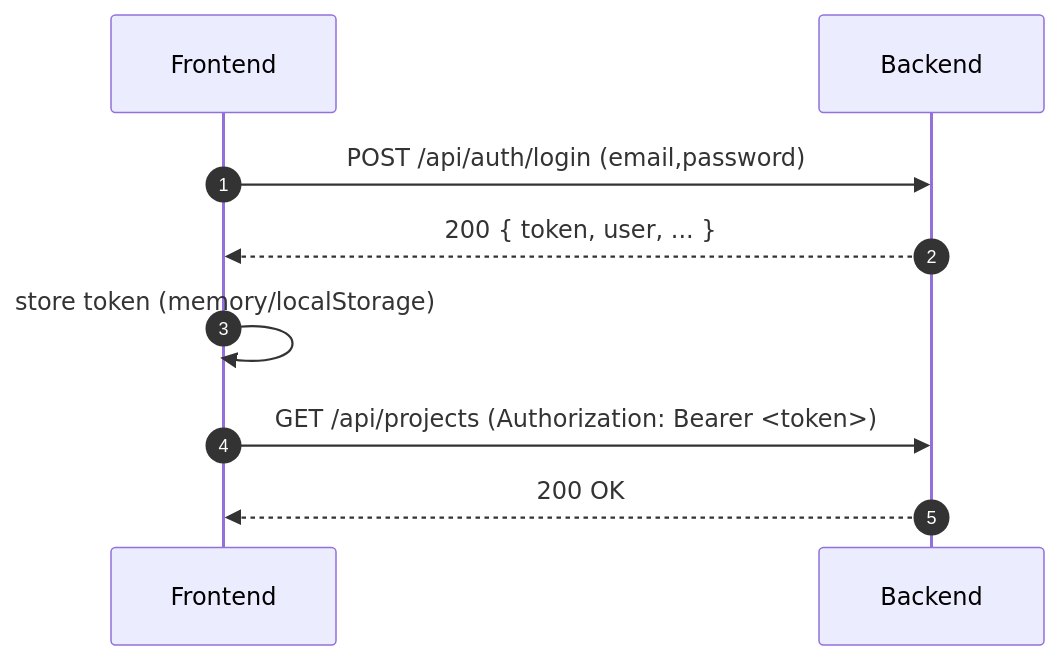
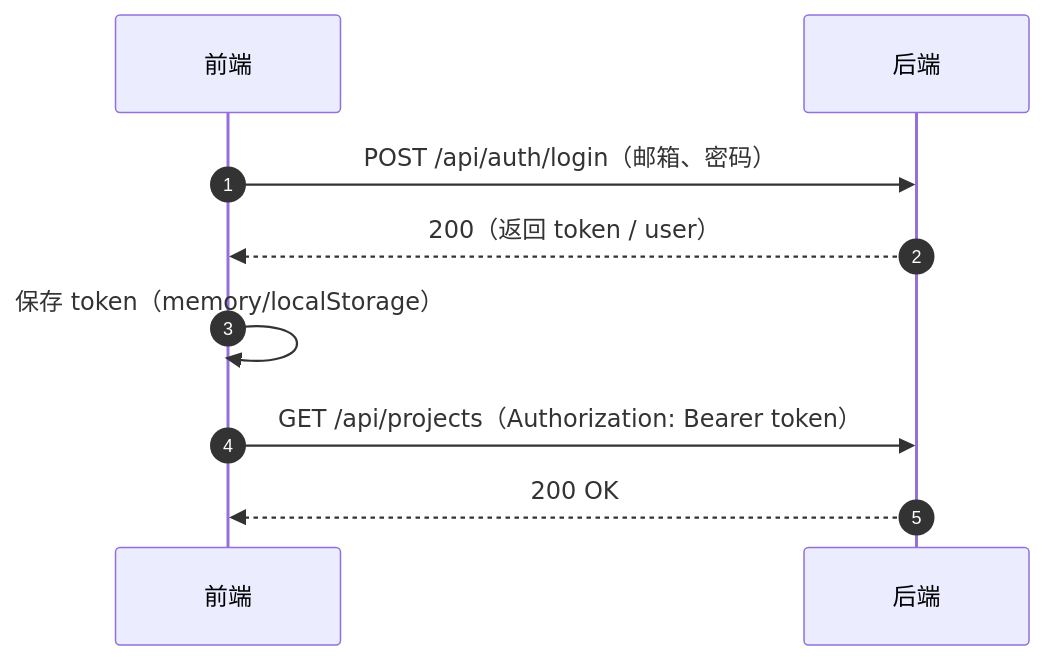
One commit to moduqishi/educollab changed the third of 6 diagrams in README.md. Above: the diagram before and after it, drawn with Mermaid. The commit also changed other lines of this file, not shown here.

Commit message:
Localize Mermaid diagrams to Chinese

````diff
--- a/README.md
+++ b/README.md
@@ -134,12 +134,12 @@
 ```mermaid
 sequenceDiagram
   autonumber
-  participant FE as Frontend
-  participant BE as Backend
+  participant FE as 前端
+  participant BE as 后端
 
-  FE->>BE: POST /api/auth/login (email,password)
-  BE-->>FE: 200 { token, user, ... }
-  FE->>FE: store token (memory/localStorage)
-  FE->>BE: GET /api/projects (Authorization: Bearer <token>)
+  FE->>BE: POST /api/auth/login（邮箱、密码）
+  BE-->>FE: 200（返回 token / user）
+  FE->>FE: 保存 token（memory/localStorage）
+  FE->>BE: GET /api/projects（Authorization: Bearer token）
   BE-->>FE: 200 OK
 ```
````
